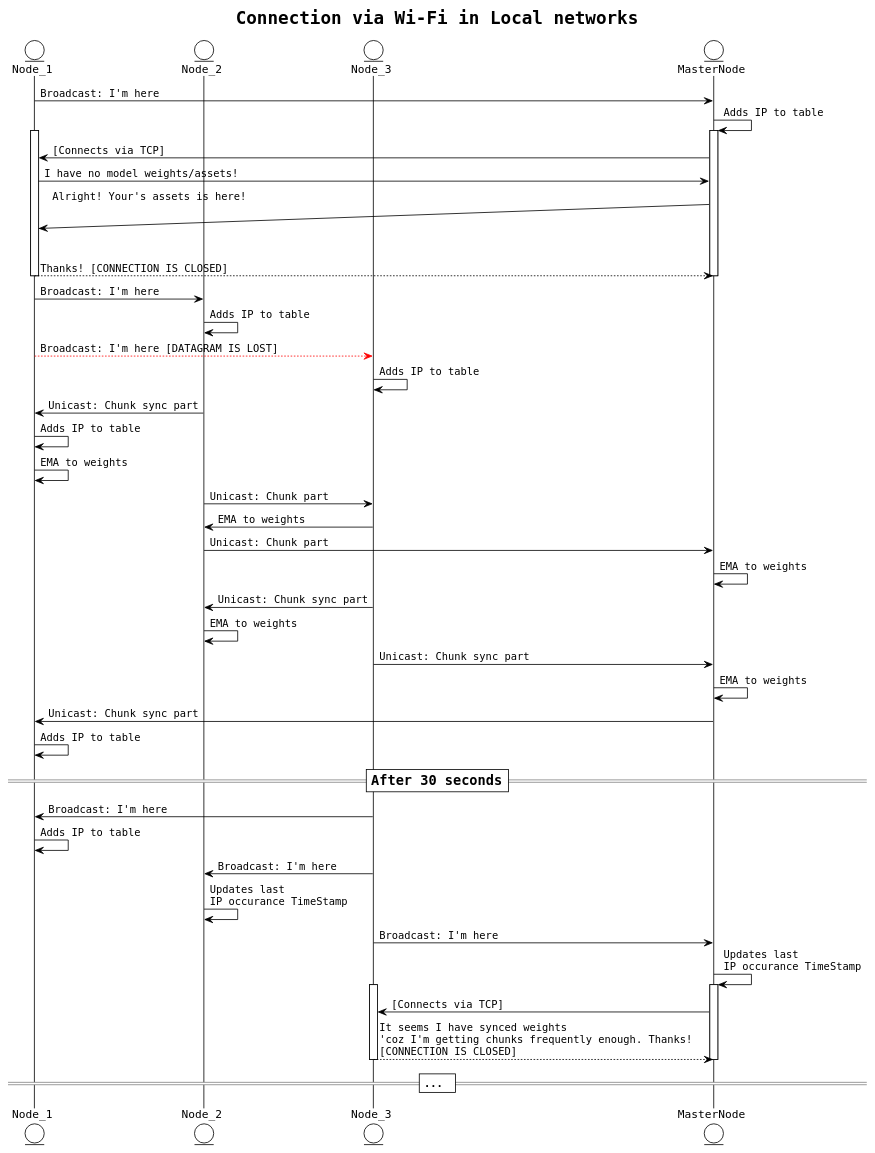
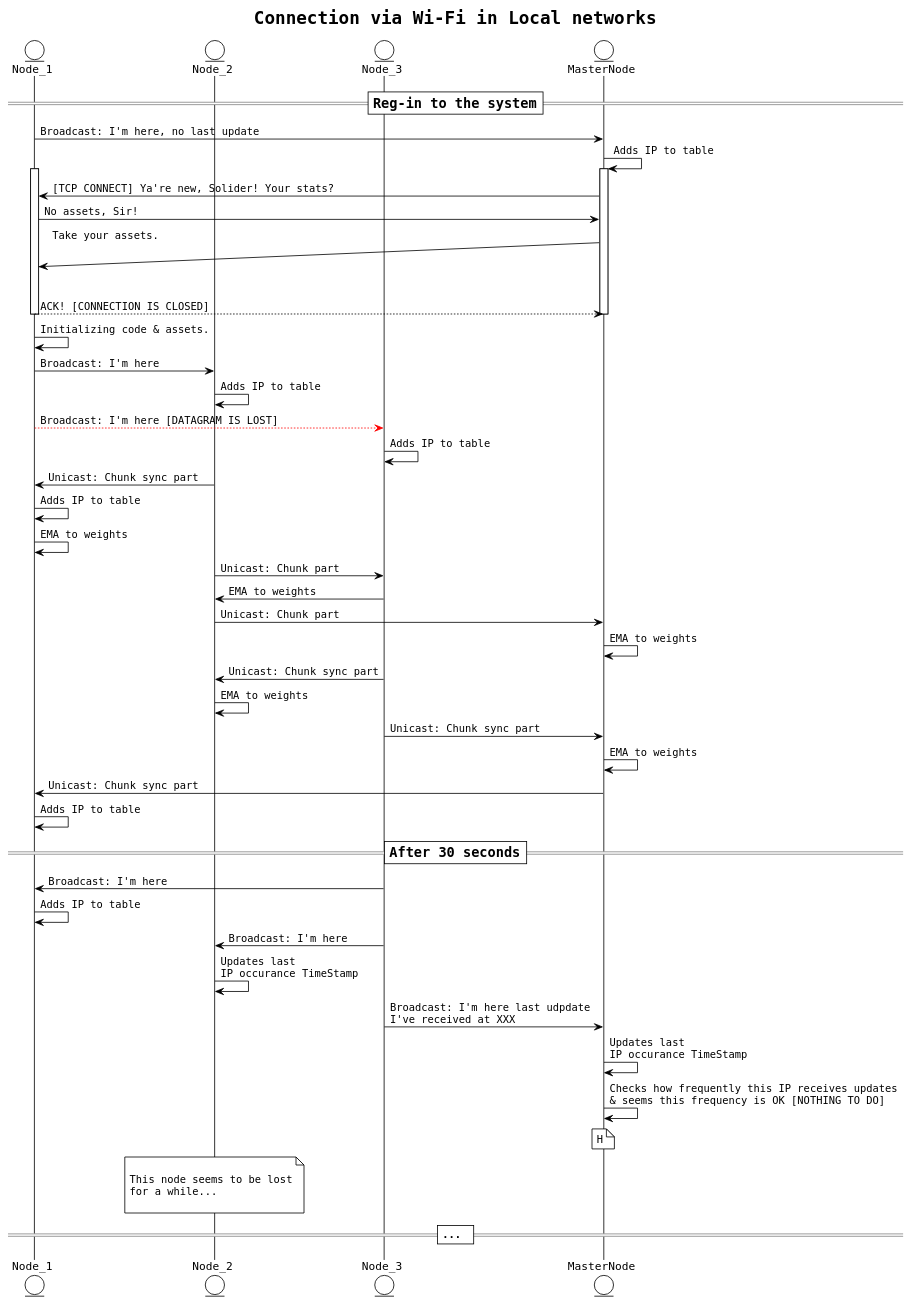
Before and after one commit to Egorkin-enabled/Redistributed: the diagram in sequence.puml, drawn with PlantUML. The commit also changed 5 other files, not shown here.

```diff
--- a/sequence.puml
+++ b/sequence.puml
@@ -1,73 +1,80 @@
 @startuml
 
 !theme plain
 skinparam DefaultFontName Monospaced
 
 title Connection via Wi-Fi in Local networks
 
 entity Node_1
 entity Node_2
 entity Node_3
 entity MasterNode
 
-Node_1 -> MasterNode: Broadcast: I'm here
+=== Reg-in to the system ==
+
+Node_1 -> MasterNode: Broadcast: I'm here, no last update
 MasterNode -> MasterNode: Adds IP to table
 activate Node_1
 activate MasterNode
-MasterNode -> Node_1: [Connects via TCP]
-Node_1 -> MasterNode: I have no model weights/assets!
-MasterNode ->(30) Node_1: Alright! Your's assets is here!
-Node_1 --> MasterNode: Thanks! [CONNECTION IS CLOSED]
+
+MasterNode -> Node_1: [TCP CONNECT] Ya're new, Solider! Your stats?
+Node_1 -> MasterNode: No assets, Sir!
+MasterNode ->(30) Node_1: Take your assets.
+Node_1 --> MasterNode: ACK! [CONNECTION IS CLOSED]
+
 deactivate Node_1
 deactivate MasterNode
+
+Node_1 -> Node_1: Initializing code & assets.
 
 
 Node_1 -> Node_2: Broadcast: I'm here
 Node_2 -> Node_2: Adds IP to table
 
 Node_1 -[#red,dashed]> Node_3: Broadcast: I'm here [DATAGRAM IS LOST] 
 
 Node_3 -> Node_3: Adds IP to table
 
 Node_2 -> Node_1: Unicast: Chunk sync part
 Node_1 -> Node_1: Adds IP to table
 Node_1 -> Node_1: EMA to weights
 
 Node_2 -> Node_3: Unicast: Chunk part
 Node_3 -> Node_2: EMA to weights
 
 Node_2 -> MasterNode: Unicast: Chunk part
 MasterNode -> MasterNode: EMA to weights
 
 
 Node_3 -> Node_2: Unicast: Chunk sync part
 Node_2 -> Node_2: EMA to weights
 
 Node_3 -> MasterNode: Unicast: Chunk sync part
 MasterNode -> MasterNode: EMA to weights
 
 MasterNode -> Node_1: Unicast: Chunk sync part
 Node_1 -> Node_1: Adds IP to table
 
 === After 30 seconds ==
 
 Node_3 -> Node_1: Broadcast: I'm here
 Node_1 -> Node_1: Adds IP to table
 Node_3 -> Node_2: Broadcast: I'm here
 Node_2 -> Node_2: Updates last\nIP occurance TimeStamp
-Node_3 -> MasterNode: Broadcast: I'm here
+Node_3 -> MasterNode: Broadcast: I'm here last udpdate\nI've received at XXX
 
 MasterNode -> MasterNode: Updates last\nIP occurance TimeStamp
+MasterNode -> MasterNode: Checks how frequently this IP receives updates\n& seems this frequency is OK [NOTHING TO DO]
+& note over MasterNode
+H
+end note
+note over Node_2
 
-activate MasterNode
-activate Node_3
+This node seems to be lost
+for a while...
 
-MasterNode -> Node_3: [Connects via TCP]
-Node_3 --> MasterNode: It seems I have synced weights\n'coz I'm getting chunks frequently enough. Thanks!\n[CONNECTION IS CLOSED]
-
-deactivate Node_3
-deactivate MasterNode
+end note
 
 == ... ==
 
 @enduml
```
